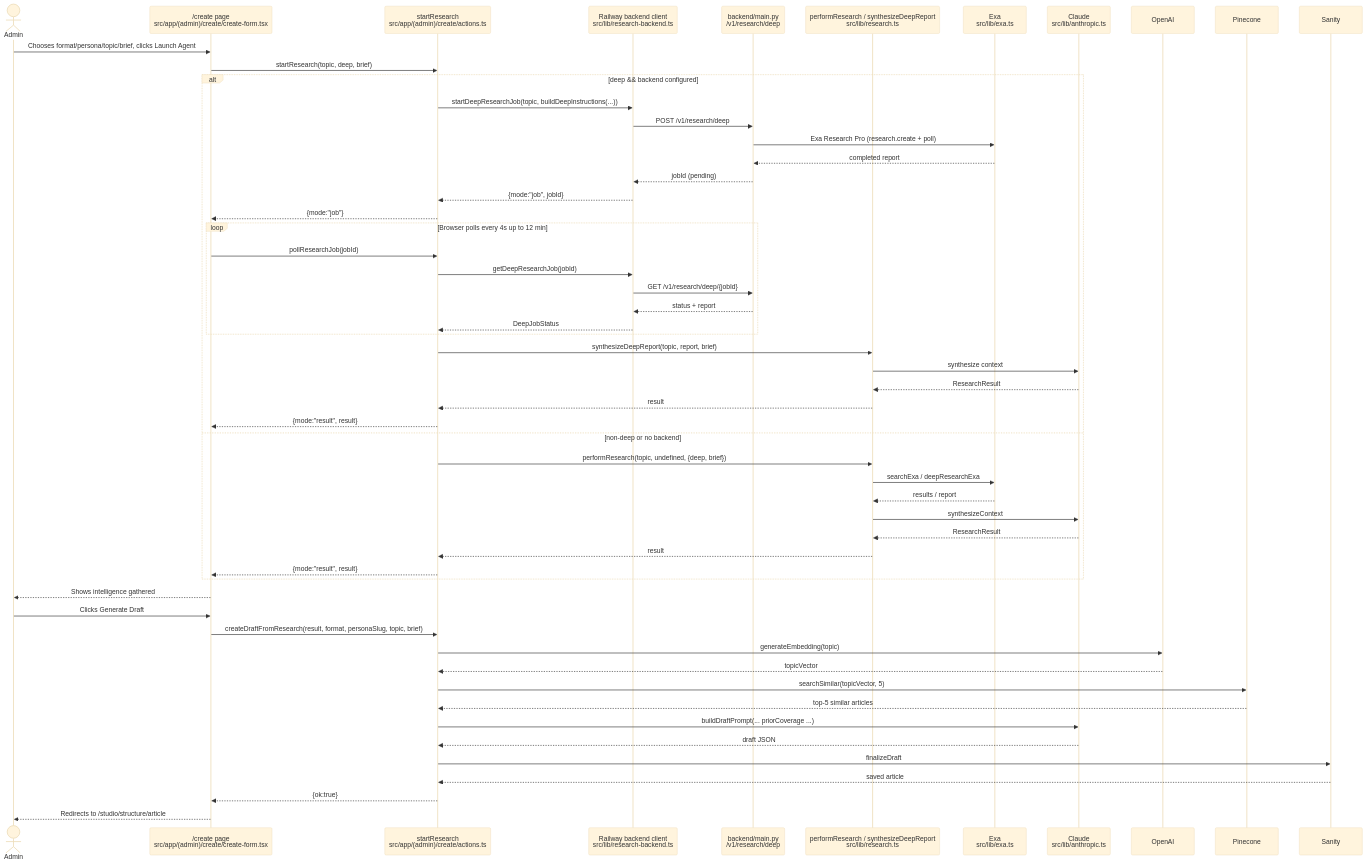
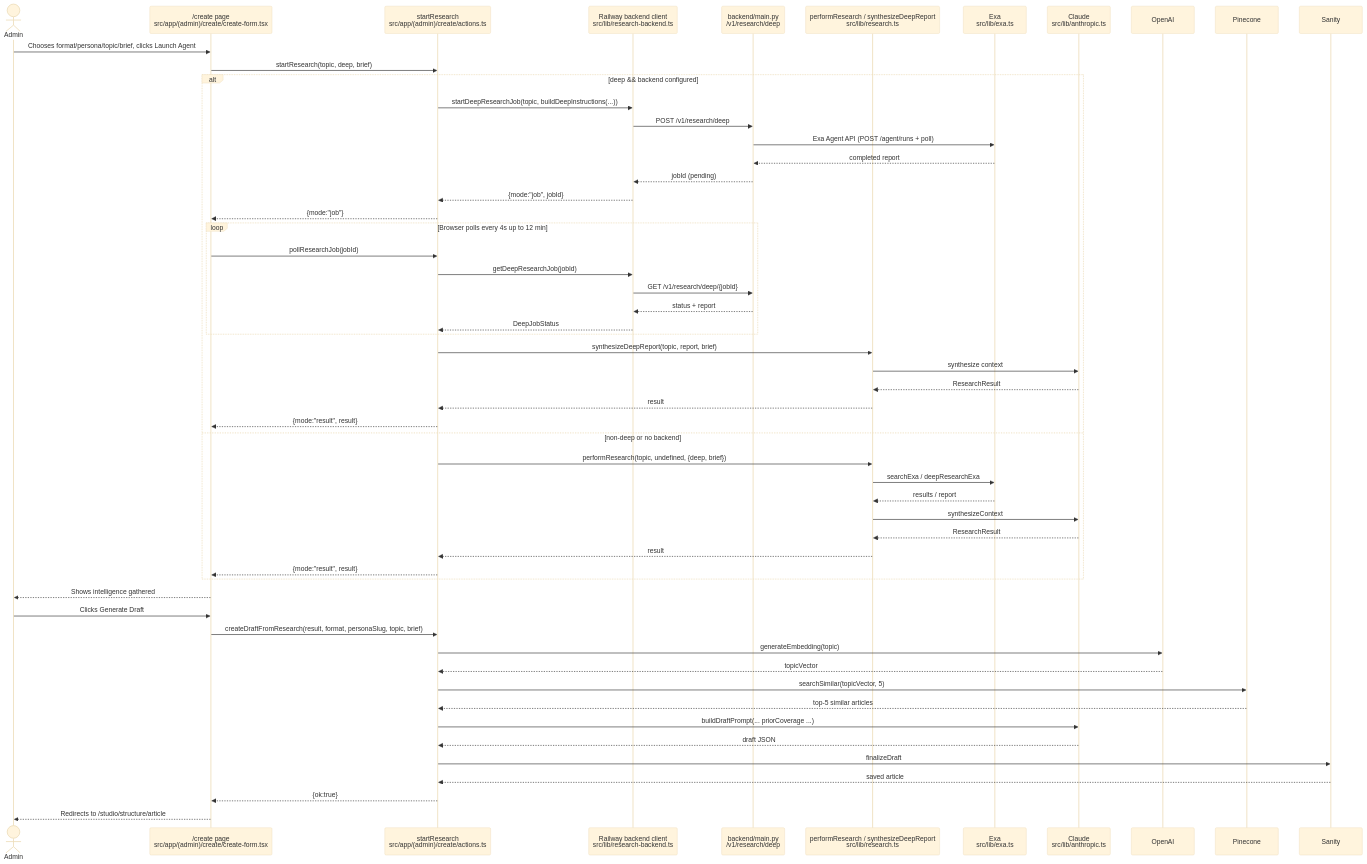
The second of 2 diagrams in docs/admin-research-workflow.md (CliveStruv56/silicon-stone), drawn with Mermaid (base theme) before and after one commit. The commit also changed other lines of this file and 11 other files, not shown here.

````diff
--- a/docs/admin-research-workflow.md
+++ b/docs/admin-research-workflow.md
@@ -66,57 +66,57 @@
 ```mermaid
 sequenceDiagram
     actor Admin
     participant UI as /create page<br/>src/app/(admin)/create/create-form.tsx
     participant SA as startResearch<br/>src/app/(admin)/create/actions.ts
     participant RB as Railway backend client<br/>src/lib/research-backend.ts
     participant Rail as backend/main.py<br/>/v1/research/deep
     participant PR as performResearch / synthesizeDeepReport<br/>src/lib/research.ts
     participant Exa as Exa<br/>src/lib/exa.ts
     participant Anth as Claude<br/>src/lib/anthropic.ts
 
     Admin->>UI: Chooses format/persona/topic/brief, clicks Launch Agent
     UI->>SA: startResearch(topic, deep, brief)
     alt deep && backend configured
         SA->>RB: startDeepResearchJob(topic, buildDeepInstructions(...))
         RB->>Rail: POST /v1/research/deep
-        Rail->>Exa: Exa Research Pro (research.create + poll)
+        Rail->>Exa: Exa Agent API (POST /agent/runs + poll)
         Exa-->>Rail: completed report
         Rail-->>RB: jobId (pending)
         RB-->>SA: {mode:"job", jobId}
         SA-->>UI: {mode:"job"}
         loop Browser polls every 4s up to 12 min
             UI->>SA: pollResearchJob(jobId)
             SA->>RB: getDeepResearchJob(jobId)
             RB->>Rail: GET /v1/research/deep/{jobId}
             Rail-->>RB: status + report
             RB-->>SA: DeepJobStatus
         end
         SA->>PR: synthesizeDeepReport(topic, report, brief)
         PR->>Anth: synthesize context
         Anth-->>PR: ResearchResult
         PR-->>SA: result
         SA-->>UI: {mode:"result", result}
     else non-deep or no backend
         SA->>PR: performResearch(topic, undefined, {deep, brief})
         PR->>Exa: searchExa / deepResearchExa
         Exa-->>PR: results / report
         PR->>Anth: synthesizeContext
         Anth-->>PR: ResearchResult
         PR-->>SA: result
         SA-->>UI: {mode:"result", result}
     end
     UI-->>Admin: Shows intelligence gathered
 
     Admin->>UI: Clicks Generate Draft
     UI->>SA: createDraftFromResearch(result, format, personaSlug, topic, brief)
     SA->>OpenAI: generateEmbedding(topic)
     OpenAI-->>SA: topicVector
     SA->>Pinecone: searchSimilar(topicVector, 5)
     Pinecone-->>SA: top-5 similar articles
     SA->>Anth: buildDraftPrompt(... priorCoverage ...)
     Anth-->>SA: draft JSON
     SA->>Sanity: finalizeDraft
     Sanity-->>SA: saved article
     SA-->>UI: {ok:true}
     UI-->>Admin: Redirects to /studio/structure/article
 ```
````
